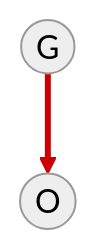
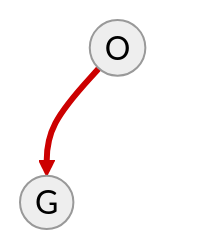
One commit to tmtxt/tmtxt.github.com changed the ninth of 17 diagrams in _drafts/2018-09-25-red-black-bst.md. Above: the diagram before and after it, drawn with Mermaid (neutral theme). The commit also changed other lines of this file, not shown here.

```diff
--- a/_drafts/2018-09-25-red-black-bst.md
+++ b/_drafts/2018-09-25-red-black-bst.md
@@ -175,7 +191,9 @@
 <div class="mermaid">
 graph TD
-  G((G)) --> O((O))
+  O((O)) --> G((G))
+  O ~~~ Opad(( ))
 
 linkStyle 0 stroke:#c00,stroke-width:3px
+style Opad fill:transparent,stroke:transparent
 
 </div>
```
